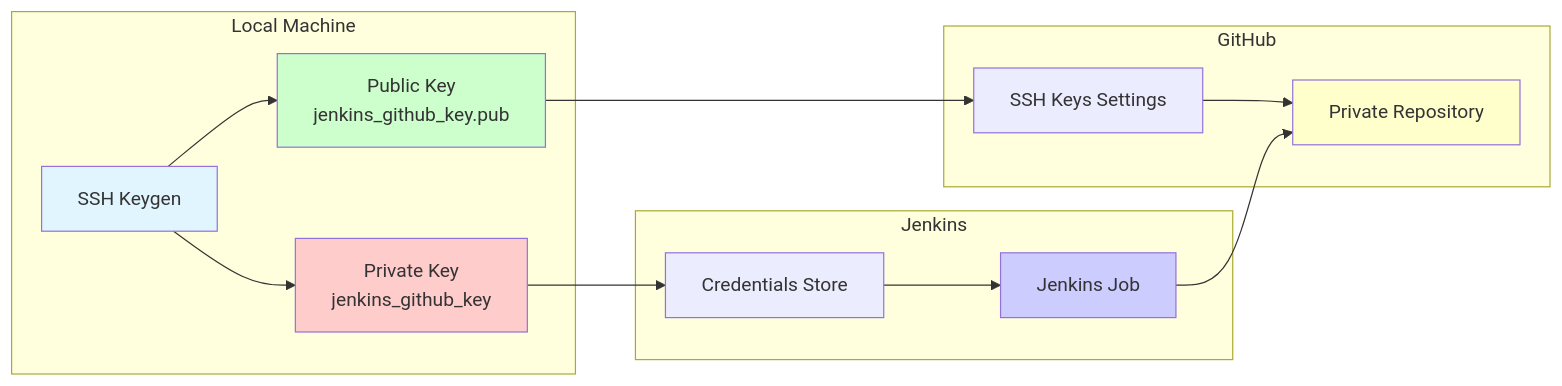
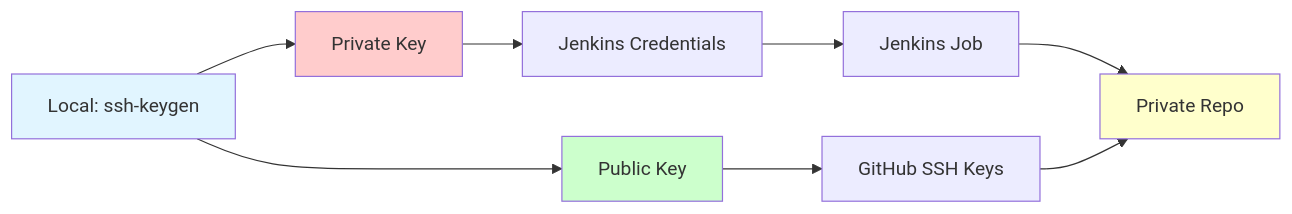
Before and after one commit to onurglr/github-ssh-jenkins-tutorial: the second of 9 diagrams in README.md, drawn with Mermaid. The commit also changed other lines of this file and 4 other files, not shown here.

````diff
--- a/README.md
+++ b/README.md
@@ -29,24 +19,12 @@
 ```mermaid
 graph LR
-    subgraph Local["Local Machine"]
-        A[SSH Keygen] --> B[Private Key<br/>jenkins_github_key]
-        A --> C[Public Key<br/>jenkins_github_key.pub]
-    end
-    
-    subgraph GitHub["GitHub"]
-        C --> D[SSH Keys Settings]
-        D --> E[Private Repository]
-    end
-    
-    subgraph Jenkins["Jenkins"]
-        B --> F[Credentials Store]
-        F --> G[Jenkins Job]
-        G --> E
-    end
+    A[Local: ssh-keygen] --> B[Private Key] --> C[Jenkins Credentials]
+    A --> D[Public Key] --> E[GitHub SSH Keys]
+    C --> F[Jenkins Job] --> G[Private Repo]
+    E --> G
     
     style A fill:#e1f5ff
     style B fill:#ffcccc
-    style C fill:#ccffcc
-    style E fill:#ffffcc
-    style G fill:#ccccff
+    style D fill:#ccffcc
+    style G fill:#ffffcc
 ```
````
